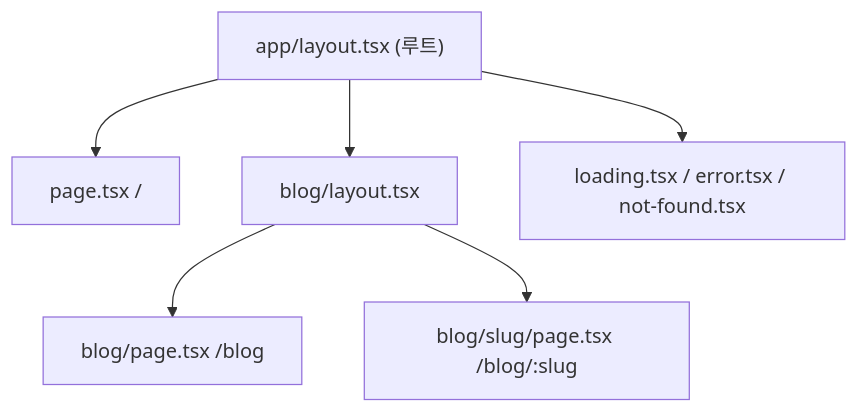
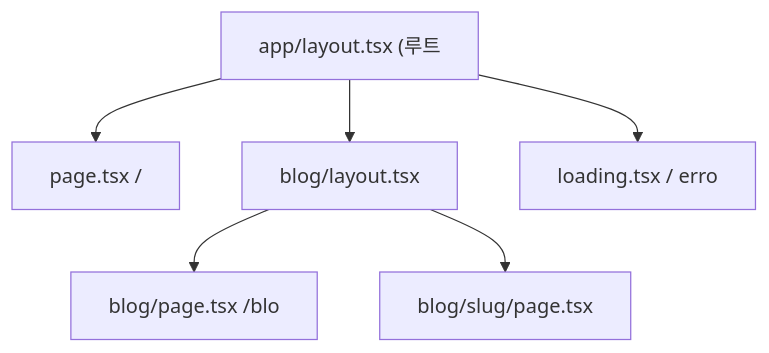
The fourth of 6 diagrams in _posts/frontend/2026-05-02-nextjs-fundamentals.md (yjkim2015/yjkim2015.github.io), drawn with Mermaid before and after one commit. The commit also changed other lines of this file and 271 other files, not shown here.

First line of the commit message:
Mermaid 라벨 축소: 긴 노드 텍스트 18자 이하로 트림 + \n 제거

````diff
--- a/_posts/frontend/2026-05-02-nextjs-fundamentals.md
+++ b/_posts/frontend/2026-05-02-nextjs-fundamentals.md
@@ -166,7 +166,7 @@
 ```mermaid
 graph TD
-    ROOT["app/layout.tsx (루트)"] --> HOME["page.tsx /"]
+    ROOT["app/layout.tsx (루트"] --> HOME["page.tsx /"]
     ROOT --> BLOG["blog/layout.tsx"]
-    BLOG --> BP["blog/page.tsx /blog"] & BD["blog/slug/page.tsx /blog/:slug"]
-    ROOT --> SP["loading.tsx / error.tsx / not-found.tsx"]
+    BLOG --> BP["blog/page.tsx /blo"] & BD["blog/slug/page.tsx"]
+    ROOT --> SP["loading.tsx / erro"]
 ```
````
